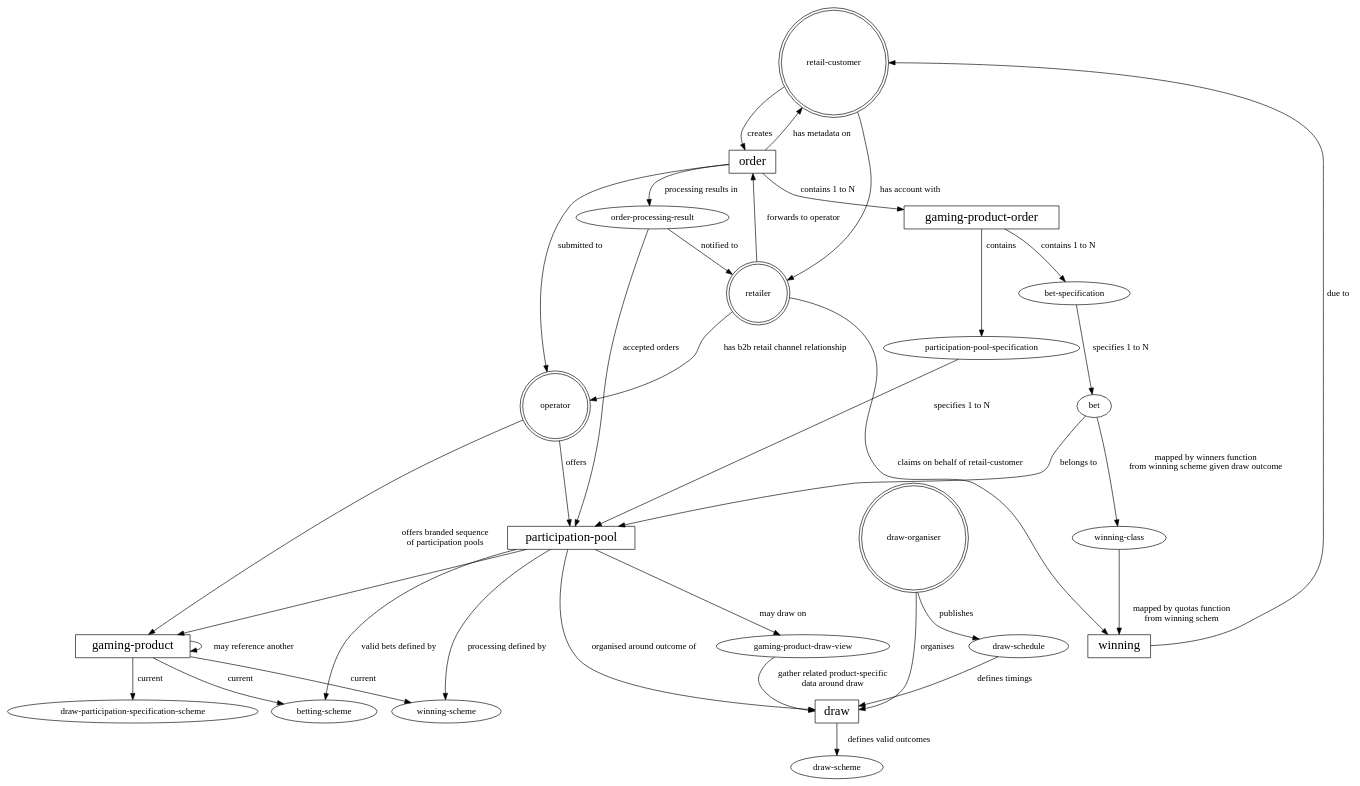
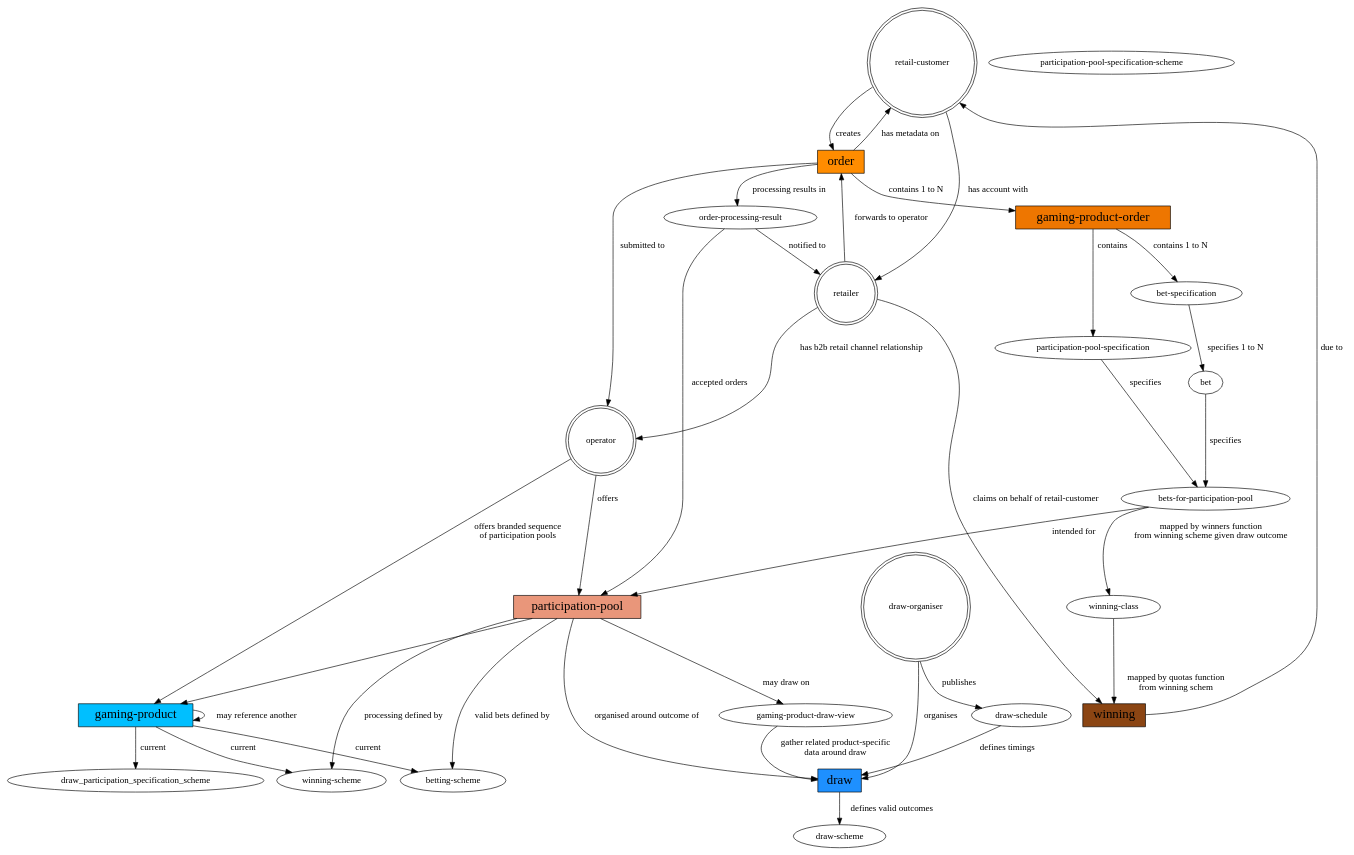
One commit to lotteries-io/lotteries-io.github.io changed the diagram in _dot/lotteries.dot. Above: the diagram before and after it, drawn with Graphviz. The commit also changed 1 other file, not shown here.

```diff
--- a/_dot/lotteries.dot
+++ b/_dot/lotteries.dot
@@ -1,75 +1,78 @@
 digraph lotteries {
     retail_customer[label="retail-customer",shape="doublecircle"];
-    gaming_product_order[label="gaming-product-order", shape="box", fontsize="20"];
-    participation_pool[label="participation-pool", shape=box, fontsize="20"];
-    gaming_product[label="gaming-product",shape="box", fontsize="20"];
+    gaming_product_order[label="gaming-product-order", shape="box", fontsize="20", style="filled", fillcolor="darkorange2"];
+    participation_pool[label="participation-pool", shape=box, fontsize="20", style="filled", fillcolor="darksalmon"];
+    bets_for_participation_pool[label="bets-for-participation-pool"];
+    gaming_product[label="gaming-product",shape="box", fontsize="20", style="filled", fillcolor="deepskyblue1"];
     betting_scheme[label="betting-scheme"];
-    draw_participation_specification_scheme[label="draw-participation-specification-scheme"];
+    participation_pool_specification_scheme[label="participation-pool-specification-scheme"];
     winning_scheme[label="winning-scheme"];
     draw_schedule[label="draw-schedule"];
     draw_organiser[label="draw-organiser"];
     draw_scheme[label="draw-scheme"];
     bet_specification[label="bet-specification"];
     participation_pool_specification[label="participation-pool-specification"];
     winning_class[label="winning-class"];
     gaming_product_draw_view[label="gaming-product-draw-view"]; 
     order_processing_result[label="order-processing-result"];
-    order[shape=box, fontsize="20"];
-    winning[shape=box,fontsize="20"];
-    draw[shape=box, fontsize="20"];
+    order[shape=box, fontsize="20",fillcolor="darkorange",style="filled"];
+    winning[shape=box,fontsize="20",style="filled", fillcolor="chocolate4"];
+    draw[shape=box, fontsize="20", style="filled", fillcolor="dodgerblue"];
     retailer[shape="doublecircle"];
     operator[shape="doublecircle"];
     draw_organiser[shape="doublecircle"];
 
  
     retail_customer -> retailer[label="has account with"];
     retail_customer -> order[label="creates"];
     retailer -> order[label="forwards to operator"];
     
     retailer -> operator[label="has b2b retail channel relationship"]
     
     order -> gaming_product_order[label="contains 1 to N"];
     order -> retail_customer[label="has metadata on"];
     gaming_product_order -> bet_specification[label="contains 1 to N"];
     gaming_product_order -> participation_pool_specification[label="contains"];
     
     order -> operator[label="submitted to"];
     order -> order_processing_result[label="processing results in"];
     order_processing_result -> participation_pool[label="accepted orders"];
     order_processing_result -> retailer[label="notified to"];
     
-    participation_pool_specification -> participation_pool[label="specifies 1 to N"];
+    participation_pool_specification -> bets_for_participation_pool[label="specifies"];
     
     bet_specification -> bet[label="specifies 1 to N"];
-    bet -> participation_pool[label="belongs to"];
+    bet -> bets_for_participation_pool[label="specifies"];
     
-    bet -> winning_class[label="mapped by winners function\nfrom winning scheme given draw outcome"];
+    bets_for_participation_pool -> participation_pool[label="intended for"];
+    
+    bets_for_participation_pool -> winning_class[label="mapped by winners function\nfrom winning scheme given draw outcome"];
     winning_class -> winning[label="mapped by quotas function\n from winning schem"];
     
     retailer -> winning[label="claims on behalf of retail-customer"];
     winning -> retail_customer[label="due to"];
     
     operator -> participation_pool[label="offers"];
     operator -> gaming_product[label="offers branded sequence\n of participation pools"];
     
     gaming_product -> betting_scheme[label="current"];
     gaming_product -> draw_participation_specification_scheme[label="current"];
     gaming_product -> winning_scheme[label="current"];
     gaming_product -> gaming_product[label="may reference another"];
 
     
     participation_pool -> draw[label="organised around outcome of"];
     participation_pool -> gaming_product;
     participation_pool -> betting_scheme[label="valid bets defined by"];
     participation_pool -> winning_scheme[label="processing defined by"];
     participation_pool -> gaming_product_draw_view[label="may draw on"];
     
     gaming_product_draw_view -> draw[label="gather related product-specific\n data around draw"];
     
     draw -> draw_scheme[label="defines valid outcomes"];
     
     draw_schedule -> draw[label="defines timings"];
     draw_organiser -> draw[label="organises"];
     draw_organiser -> draw_schedule[label="publishes"];
     
 }
```
